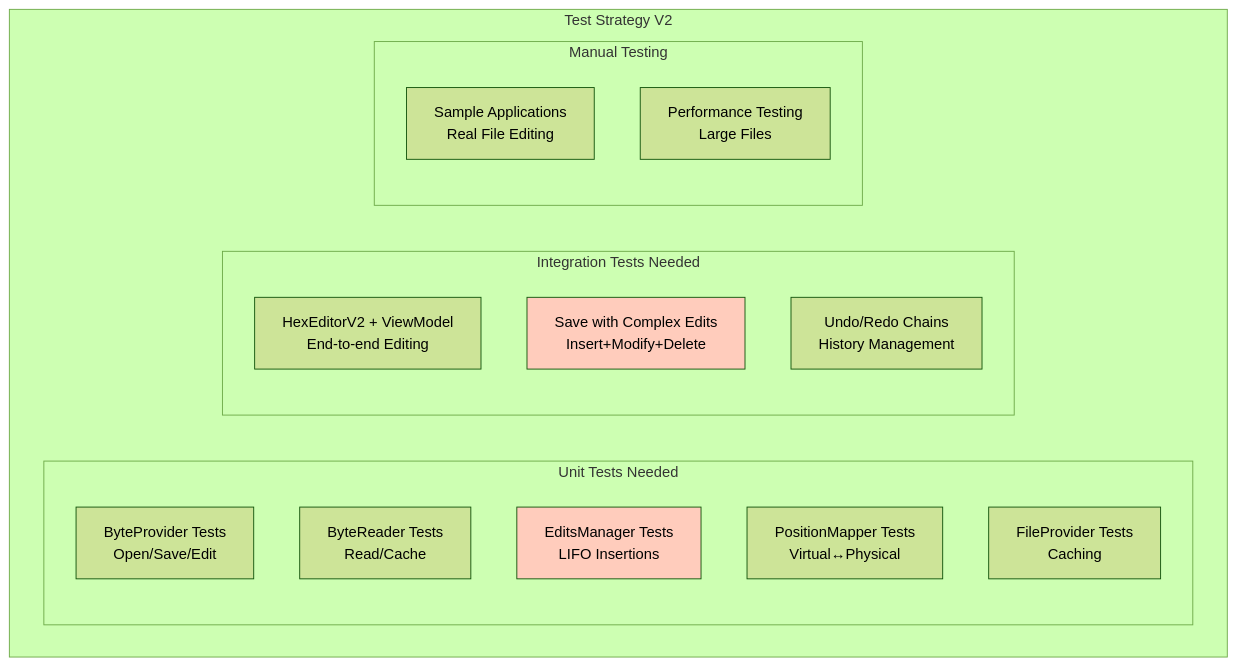
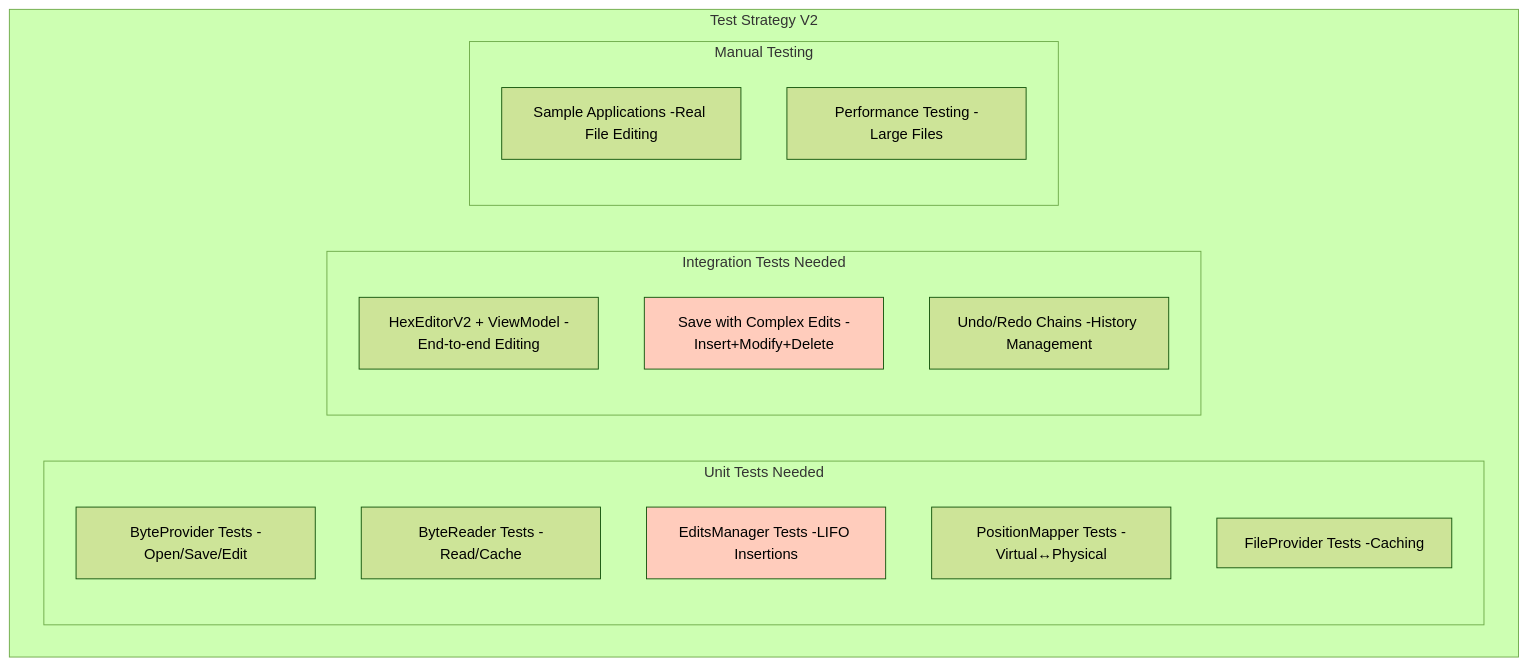
One commit to myd7349/WpfHexEditorControl changed diagram 23 of 24 in ARCHITECTURE_V2.md. Above: the diagram before and after it, drawn with Mermaid (forest theme). The commit also changed other lines of this file, not shown here.

First line of the commit message:
Fix all remaining Mermaid diagram br tags for GitHub compatibility

````diff
--- a/ARCHITECTURE_V2.md
+++ b/ARCHITECTURE_V2.md
@@ -1620,26 +1620,26 @@
 ```mermaid
 graph TB
     subgraph "Test Strategy V2"
         subgraph "Unit Tests Needed"
-            UT1["ByteProvider Tests<br/>Open/Save/Edit"]
-            UT2["ByteReader Tests<br/>Read/Cache"]
-            UT3["EditsManager Tests<br/>LIFO Insertions"]
-            UT4["PositionMapper Tests<br/>Virtual↔Physical"]
-            UT5["FileProvider Tests<br/>Caching"]
+            UT1["ByteProvider Tests -Open/Save/Edit"]
+            UT2["ByteReader Tests -Read/Cache"]
+            UT3["EditsManager Tests -LIFO Insertions"]
+            UT4["PositionMapper Tests -Virtual↔Physical"]
+            UT5["FileProvider Tests -Caching"]
         end
 
         subgraph "Integration Tests Needed"
-            IT1["HexEditorV2 + ViewModel<br/>End-to-end Editing"]
-            IT2["Save with Complex Edits<br/>Insert+Modify+Delete"]
-            IT3["Undo/Redo Chains<br/>History Management"]
+            IT1["HexEditorV2 + ViewModel -End-to-end Editing"]
+            IT2["Save with Complex Edits -Insert+Modify+Delete"]
+            IT3["Undo/Redo Chains -History Management"]
         end
 
         subgraph "Manual Testing"
-            MT1["Sample Applications<br/>Real File Editing"]
-            MT2["Performance Testing<br/>Large Files"]
+            MT1["Sample Applications -Real File Editing"]
+            MT2["Performance Testing -Large Files"]
         end
     end
 
     style UT3 fill:#ffccbc
     style IT2 fill:#ffccbc
 ```
````
